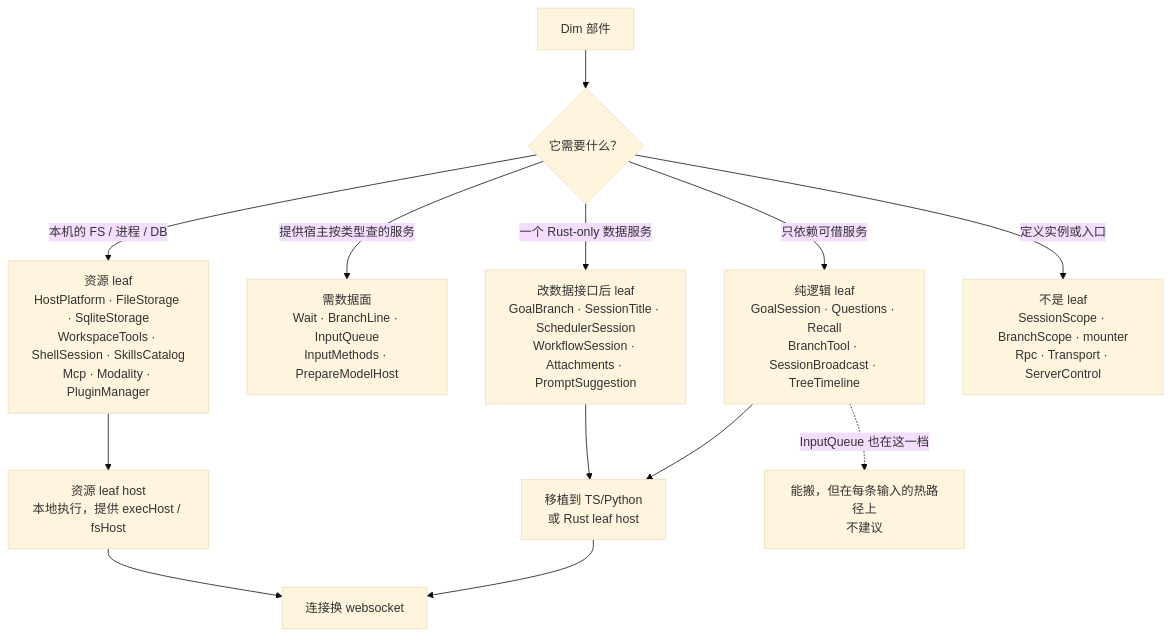
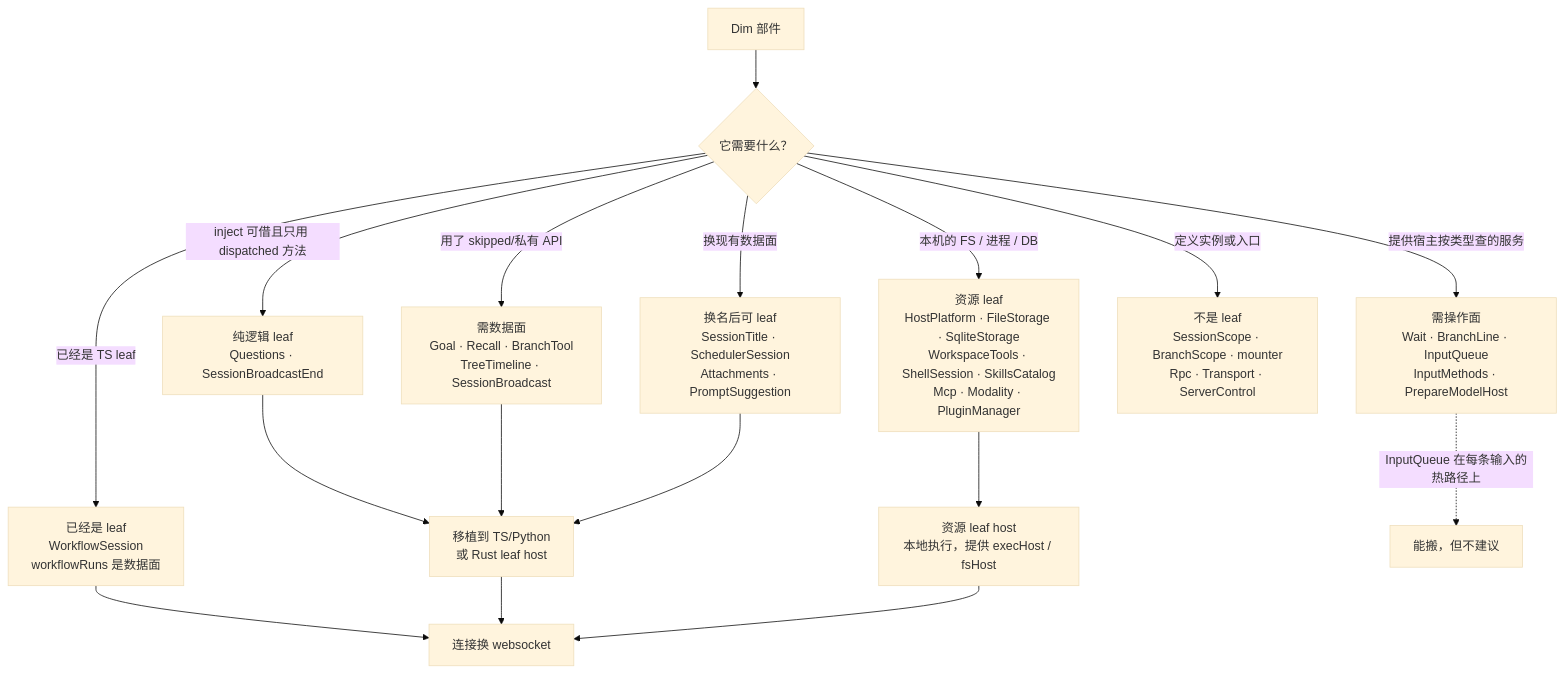
The fourth of 4 diagrams in docs/design/research/remote-plugins.md (CoutinhoTTS/dim-agent), drawn with Mermaid (base theme) before and after one commit. The commit also changed other lines of this file, not shown here.

First line of the commit message:
docs: correct leaf readiness and storage topology

````diff
--- a/docs/design/research/remote-plugins.md
+++ b/docs/design/research/remote-plugins.md
@@ -384,15 +391,19 @@
 ```mermaid
 flowchart TB
   ALL["Dim 部件"] --> KIND{"它需要什么？"}
-  KIND -->|"只依赖可借服务"| PURE["纯逻辑 leaf<br/>GoalSession · Questions · Recall<br/>BranchTool · SessionBroadcast · TreeTimeline"]
-  KIND -->|"提供宿主按类型查的服务"| TYPED["需数据面<br/>Wait · BranchLine · InputQueue<br/>InputMethods · PrepareModelHost"]
-  KIND -->|"一个 Rust-only 数据服务"| FIX["改数据接口后 leaf<br/>GoalBranch · SessionTitle · SchedulerSession<br/>WorkflowSession · Attachments · PromptSuggestion"]
+  KIND -->|"已经是 TS leaf"| ALREADY["已经是 leaf<br/>WorkflowSession<br/>workflowRuns 是数据面"]
+  KIND -->|"inject 可借且只用 dispatched 方法"| PURE["纯逻辑 leaf<br/>Questions · SessionBroadcastEnd"]
+  KIND -->|"用了 skipped/私有 API"| PRIV["需数据面<br/>Goal · Recall · BranchTool<br/>TreeTimeline · SessionBroadcast"]
+  KIND -->|"提供宿主按类型查的服务"| TYPED["需操作面<br/>Wait · BranchLine · InputQueue<br/>InputMethods · PrepareModelHost"]
+  KIND -->|"换现有数据面"| FIX["换名后可 leaf<br/>SessionTitle · SchedulerSession<br/>Attachments · PromptSuggestion"]
   KIND -->|"本机的 FS / 进程 / DB"| RES["资源 leaf<br/>HostPlatform · FileStorage · SqliteStorage<br/>WorkspaceTools · ShellSession · SkillsCatalog<br/>Mcp · Modality · PluginManager"]
   KIND -->|"定义实例或入口"| HOST["不是 leaf<br/>SessionScope · BranchScope · mounter<br/>Rpc · Transport · ServerControl"]
+  ALREADY --> REMOTE["连接换 websocket"]
   PURE --> PORT["移植到 TS/Python<br/>或 Rust leaf host"]
+  PRIV --> PORT
   FIX --> PORT
   RES --> RL["资源 leaf host<br/>本地执行，提供 execHost / fsHost"]
-  PORT --> REMOTE["连接换 websocket"]
+  PORT --> REMOTE
   RL --> REMOTE
-  PURE -.->|"InputQueue 也在这一档"| HOT["能搬，但在每条输入的热路径上<br/>不建议"]
+  TYPED -.->|"InputQueue 在每条输入的热路径上"| HOT["能搬，但不建议"]
 ```
````
